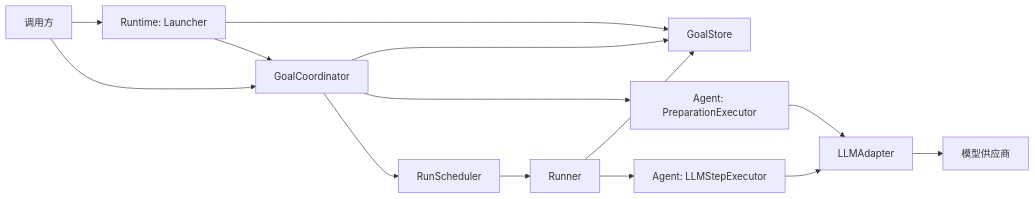
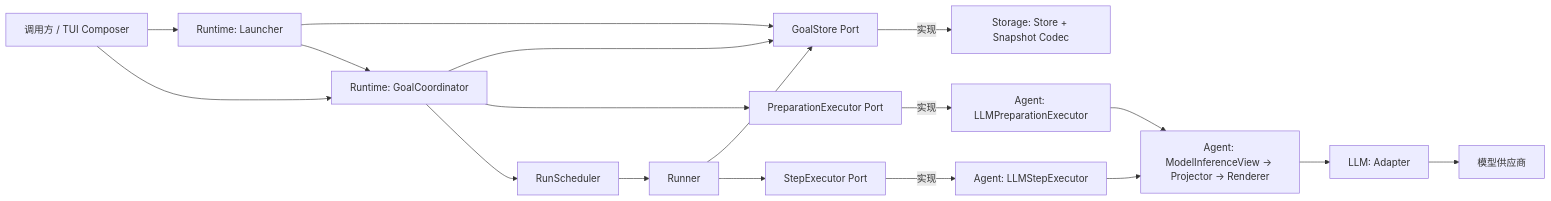
The diagram in docs/architecture/README.md (ccasJay/LazyGoal), drawn with Mermaid before and after one commit. The commit also changed other lines of this file and 3 other files, not shown here.

````diff
--- a/docs/architecture/README.md
+++ b/docs/architecture/README.md
@@ -17,16 +17,18 @@
 ```mermaid
 flowchart LR
-    C[调用方] --> L[Runtime: Launcher]
-    C --> G[GoalCoordinator]
-    L --> S[GoalStore]
+    C[调用方 / TUI Composer] --> L[Runtime: Launcher]
+    C --> G[Runtime: GoalCoordinator]
+    L --> GS[GoalStore Port]
     L --> G
-    G --> S
-    G --> PE[Agent: PreparationExecutor]
-    G --> Q[RunScheduler]
-    Q --> R[Runner]
-    R --> S
-    R --> E[Agent: LLMStepExecutor]
-    PE --> A[LLMAdapter]
-    E --> A
-    A --> V[模型供应商]
+    G --> GS
+    G --> PE[PreparationExecutor Port]
+    G --> Q[RunScheduler] --> R[Runner]
+    R --> GS
+    R --> SE[StepExecutor Port]
+
+    GS -->|实现| ST[Storage: Store + Snapshot Codec]
+    PE -->|实现| LPE[Agent: LLMPreparationExecutor]
+    SE -->|实现| LSE[Agent: LLMStepExecutor]
+    LPE & LSE --> V[Agent: ModelInferenceView → Projector → Renderer]
+    V --> A[LLM: Adapter] --> M[模型供应商]
 ```
````
